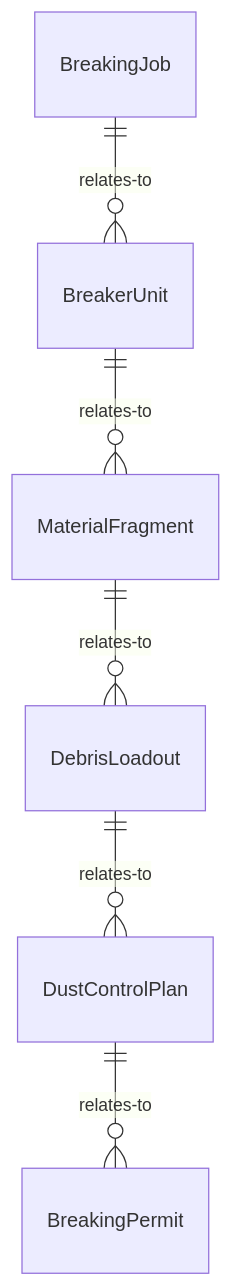
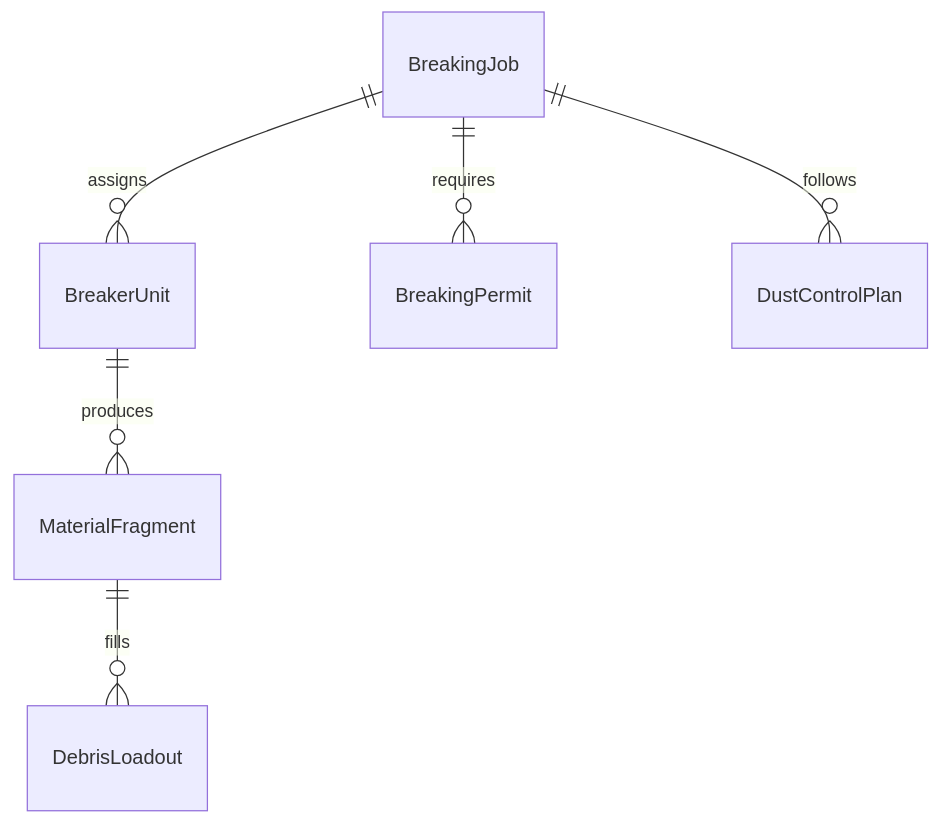
Before and after one commit to dot-org-ai/tasks.org.ai: the first of 4 diagrams in ControllingMachinesAndProcesses/OperateConstructionOrExcavationEquipment/BreakUpRockAsphaltConcrete.mdx, drawn with Mermaid. The commit also changed other lines of this file and 515 other files, not shown here.

````diff
--- a/ControllingMachinesAndProcesses/OperateConstructionOrExcavationEquipment/BreakUpRockAsphaltConcrete.mdx
+++ b/ControllingMachinesAndProcesses/OperateConstructionOrExcavationEquipment/BreakUpRockAsphaltConcrete.mdx
@@ -87,8 +87,8 @@
 ```mermaid
 erDiagram
-    BreakingJob ||--o{ BreakerUnit : relates-to
-    BreakerUnit ||--o{ MaterialFragment : relates-to
-    MaterialFragment ||--o{ DebrisLoadout : relates-to
-    DebrisLoadout ||--o{ DustControlPlan : relates-to
-    DustControlPlan ||--o{ BreakingPermit : relates-to
+    BreakingJob ||--o{ BreakerUnit : assigns
+    BreakingJob ||--o{ BreakingPermit : requires
+    BreakerUnit ||--o{ MaterialFragment : produces
+    MaterialFragment ||--o{ DebrisLoadout : fills
+    BreakingJob ||--o{ DustControlPlan : follows
 ```
````
